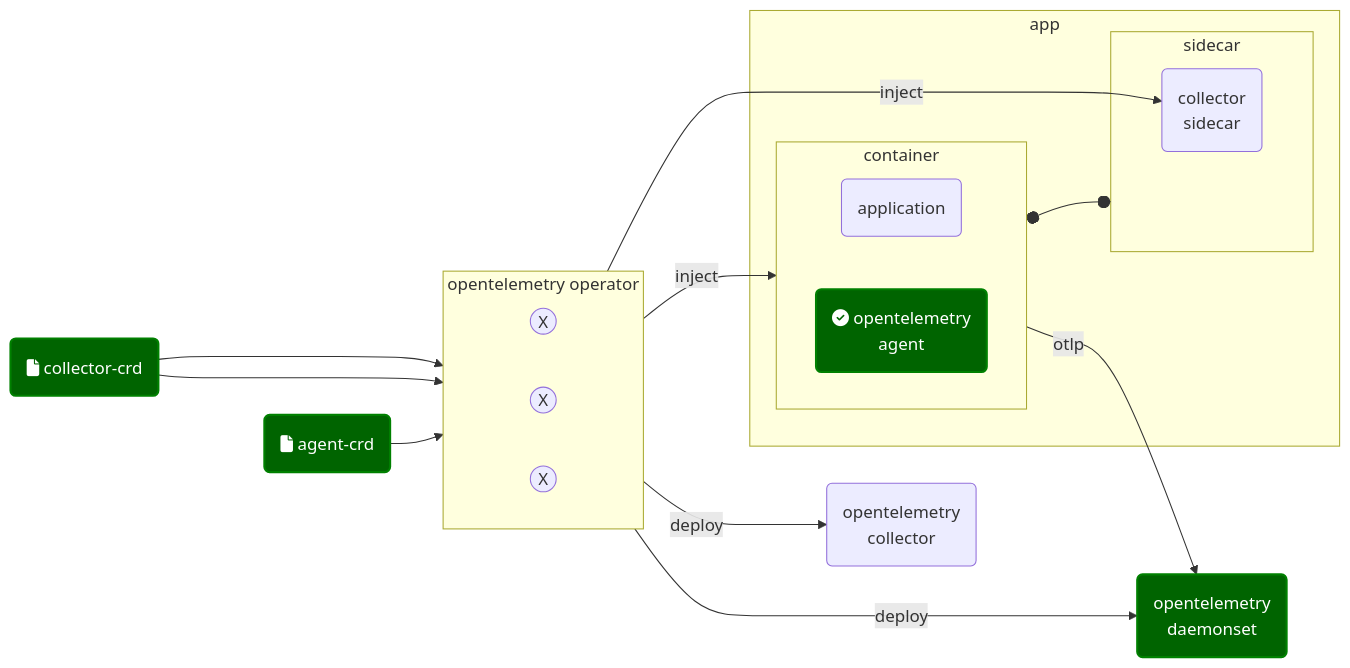
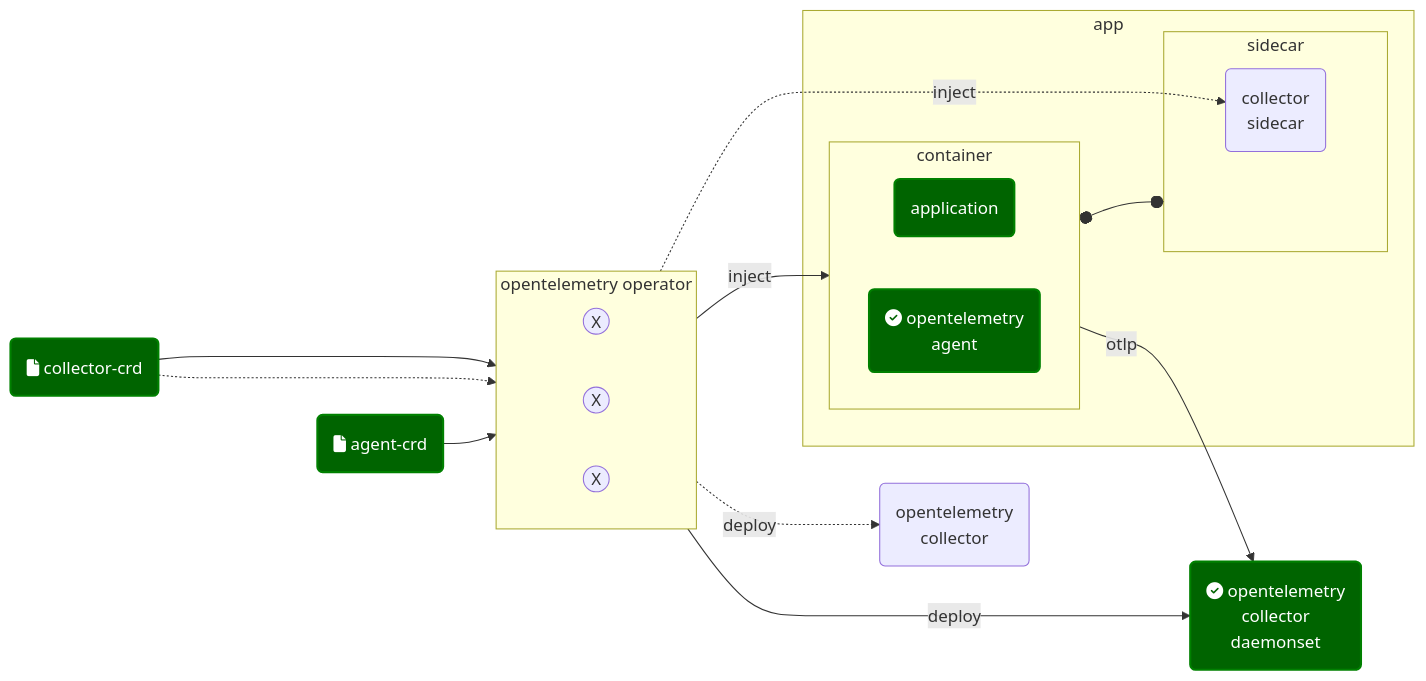
One commit to devrimdemiroz/opentelemetry-browser changed the diagram in docs/InstallOtelcol.md. Above: the diagram before and after it, drawn with Mermaid. The commit also changed 10 other files, not shown here.

````diff
--- a/docs/InstallOtelcol.md
+++ b/docs/InstallOtelcol.md
@@ -3,40 +3,41 @@
 ```mermaid
 %%{init:  { htmlLabels: true, flowchart: { htmlLabels: true }, securityLevel: 'loose' }} }%%
 flowchart LR
 classDef green fill:green,stroke:green,stroke-width:2px,color:#fff
 classDef dgreen fill:darkgreen,stroke:green,stroke-width:2px,color:#fff
 agent-crd("fa:fa-file agent-crd"):::dgreen
 collector-crd("fa:fa-file collector-crd"):::dgreen
 subgraph oteloperator["opentelemetry operator"]
             direction LR
             inject((X)) 
             inject2((X)) 
             deploy((X)) 
          
     end
     subgraph app
         subgraph sidecar
             otelcol-sidecar(collector <br/> sidecar)
         end
         subgraph container
             direction LR 
-            application(application) 
+            application(application):::dgreen
             otelagent("fa:fa-check-circle opentelemetry <br/>agent"):::dgreen
             
         end
     end
 
 container o--o sidecar
    
   
  agent-crd -->inject-->|inject|otelagent
- collector-crd ---->inject2-->|inject|otelcol-sidecar    
+ collector-crd -....->inject2-..->|inject|otelcol-sidecar    
  collector-crd ---->deploy    
             
-otelcol-daemonset( opentelemetry <br/> daemonset):::dgreen
+otelcol-daemonset( fa:fa-check-circle opentelemetry <br/>collector <br/> daemonset):::dgreen
 otelcol( opentelemetry <br/>collector)
-deploy -->|deploy| otelcol-daemonset & otelcol
+deploy -->|deploy| otelcol-daemonset 
+deploy -.->|deploy| otelcol
 
 otelagent -->|otlp| otelcol-daemonset
 
 ```
````
